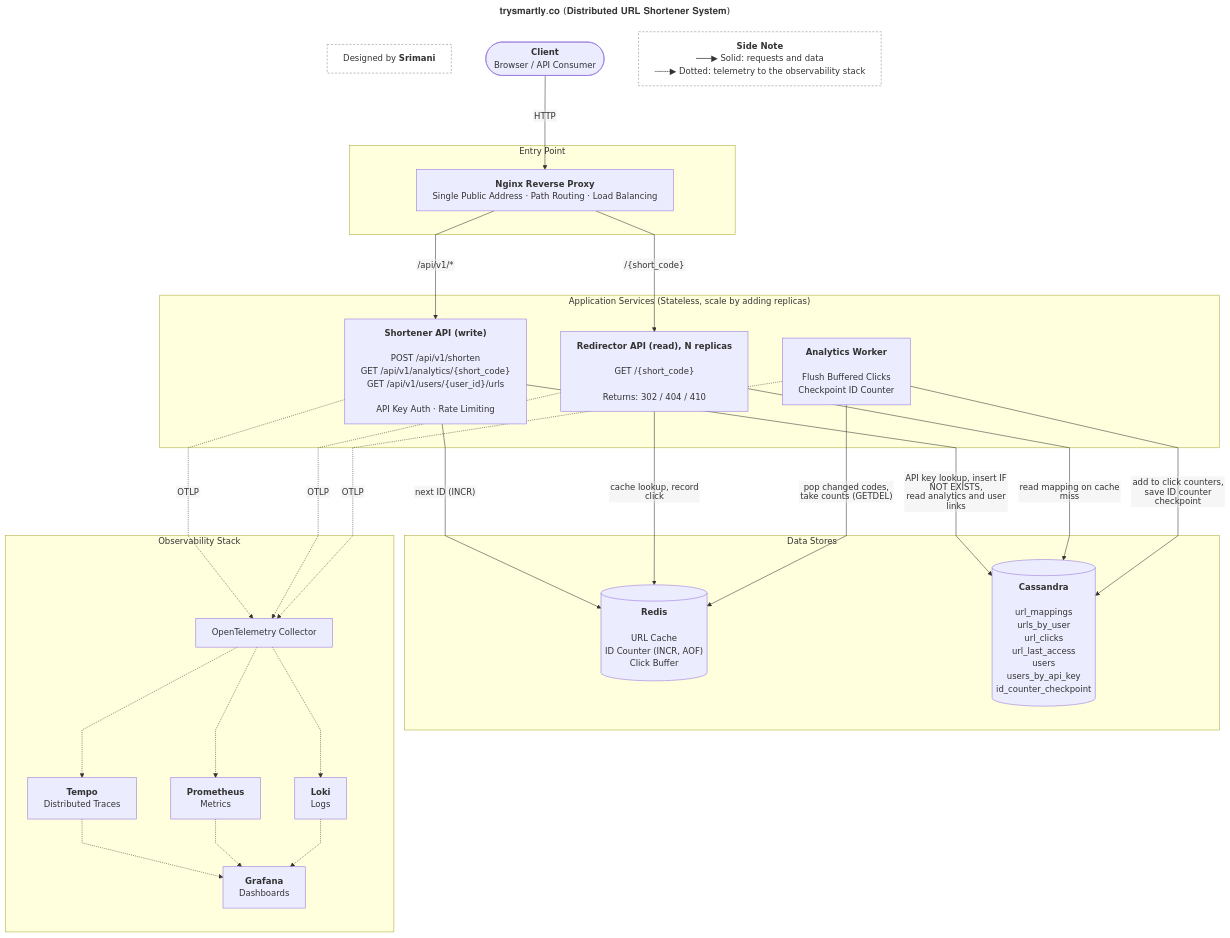
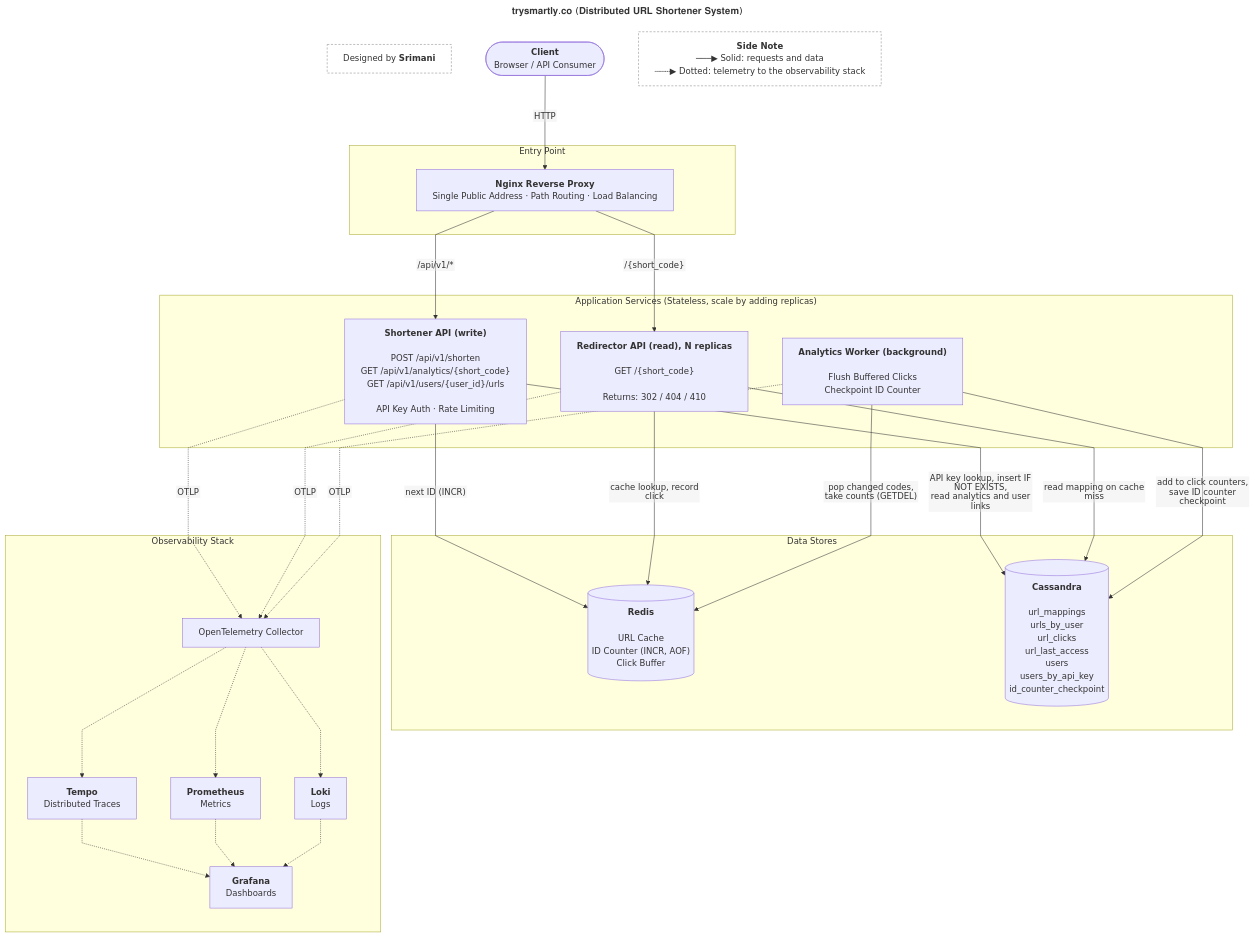
Before and after one commit to srimani-ravikumar/url-shortener-service: the diagram in docs/02-design/architecture.md, drawn with Mermaid. The commit also changed other lines of this file, not shown here.

Commit message:
tag analytics worker as background job

````diff
--- a/docs/02-design/architecture.md
+++ b/docs/02-design/architecture.md
@@ -5,73 +5,73 @@
 ```mermaid
 ---
 title: 𝐭𝐫𝐲𝐬𝐦𝐚𝐫𝐭𝐥𝐲.𝐜𝐨 (𝐃𝐢𝐬𝐭𝐫𝐢𝐛𝐮𝐭𝐞𝐝 𝐔𝐑𝐋 𝐒𝐡𝐨𝐫𝐭𝐞𝐧𝐞𝐫 𝐒𝐲𝐬𝐭𝐞𝐦)
 config:
   flowchart:
     htmlLabels: false
     curve: linear
     nodeSpacing: 65
     rankSpacing: 90
     wrappingWidth: 450
 ---
 flowchart TB
     %% Unlinked nodes go on the top row in declaration order, so the author comes first (left)
     author["Designed by <b>Srimani</b>"]:::author
     client(["<b>Client</b><br/>Browser / API Consumer"])
 
     legend["<b>Side Note</b><br/>───▶  Solid: requests and data<br/>┄┄┄▶  Dotted: telemetry to the observability stack"]:::legend
 
     subgraph edge["Entry Point"]
         nginx["<b>Nginx Reverse Proxy</b><br/>Single Public Address · Path Routing · Load Balancing"]
     end
 
     subgraph app["Application Services (Stateless, scale by adding replicas)"]
         shortener["<b>Shortener API (write)</b><br/><br/>POST /api/v1/shorten<br/>GET /api/v1/analytics/{short_code}<br/>GET /api/v1/users/{user_id}/urls<br/><br/>API Key Auth · Rate Limiting"]
 
         redirector["<b>Redirector API (read), N replicas</b><br/><br/>GET /{short_code}<br/><br/>Returns: 302 / 404 / 410"]
 
-        worker["<b>Analytics Worker</b><br/><br/>Flush Buffered Clicks<br/>Checkpoint ID Counter"]
+        worker["<b>Analytics Worker (background)</b><br/><br/>Flush Buffered Clicks<br/>Checkpoint ID Counter"]
     end
 
     subgraph data["Data Stores"]
         redis[("<b>Redis</b><br/><br/>URL Cache<br/>ID Counter (INCR, AOF)<br/>Click Buffer")]
 
         cassandra[("<b>Cassandra</b><br/><br/>url_mappings <br/>urls_by_user<br/>url_clicks <br/> url_last_access<br/>users <br/> users_by_api_key<br/>id_counter_checkpoint")]
     end
 
     subgraph obs["Observability Stack"]
         otel["OpenTelemetry Collector"]
         tempo["<b>Tempo</b><br/>Distributed Traces"]
         prom["<b>Prometheus</b><br/>Metrics"]
         loki["<b>Loki</b><br/>Logs"]
         grafana["<b>Grafana</b><br/>Dashboards"]
     end
 
     client -->|"HTTP"| nginx
 
     nginx -->|"/api/v1/*"| shortener
     nginx -->|"/{short_code}"| redirector
 
     shortener -->|"next ID (INCR)"| redis
     shortener -->|"API key lookup, insert IF NOT EXISTS,<br/>read analytics and user links"| cassandra
 
     redirector -->|"cache lookup, record click"| redis
     redirector -->|"read mapping on cache miss"| cassandra
 
     worker -->|"pop changed codes, take counts (GETDEL)"| redis
     worker -->|"add to click counters,<br/>save ID counter checkpoint"| cassandra
 
     shortener -.->|"OTLP"| otel
     redirector -.->|"OTLP"| otel
     worker -.->|"OTLP"| otel
 
     otel -.-> tempo
     otel -.-> prom
     otel -.-> loki
 
     tempo -.-> grafana
     prom -.-> grafana
     loki -.-> grafana
 
     classDef legend fill:#fff,stroke:#888,stroke-dasharray:4 3
     classDef author fill:#fff,stroke:#888,color:#333,stroke-dasharray:4 3
 ```
````
